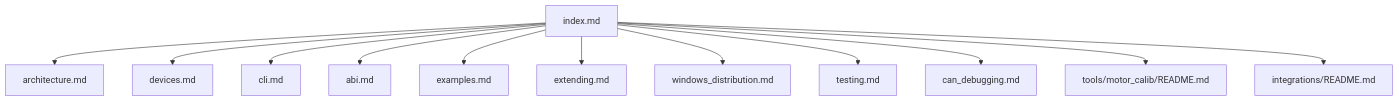
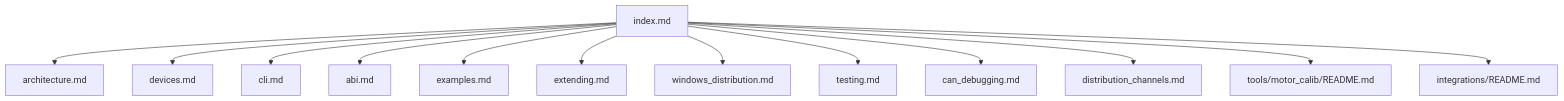
The diagram in docs/en/index.md (tianrking/motorbridge), drawn with Mermaid before and after one commit. The commit also changed other lines of this file and 13 other files, not shown here.

Commit message:
feat(distribution): add apt/homebrew/windows channels and token-based pypi publish

````diff
--- a/docs/en/index.md
+++ b/docs/en/index.md
@@ -7,14 +7,15 @@
 ```mermaid
 flowchart TD
   IDX["index.md"] --> ARCH["architecture.md"]
   IDX --> DEV["devices.md"]
   IDX --> CLI["cli.md"]
   IDX --> ABI["abi.md"]
   IDX --> EX["examples.md"]
   IDX --> EXT["extending.md"]
   IDX --> WIN["windows_distribution.md"]
   IDX --> TST["testing.md"]
   IDX --> CANDBG["can_debugging.md"]
+  IDX --> DIST["distribution_channels.md"]
   IDX --> CAL["tools/motor_calib/README.md"]
   IDX --> INT["integrations/README.md"]
 ```
````
